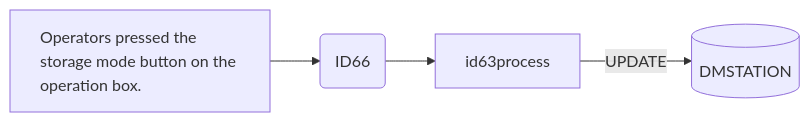
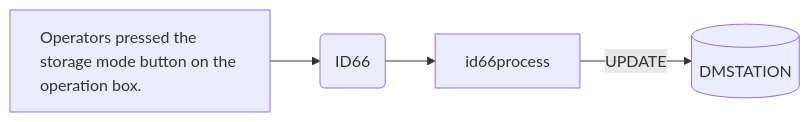
The second of 2 diagrams in Basic-Design/DFD-WMS/Retrieval/Stacked-Empty-Pallet.md (luthfiadityaa/SimeDarby-Wiki), drawn with Mermaid before and after one commit. The commit also changed other lines of this file, not shown here.

```diff
--- a/Basic-Design/DFD-WMS/Retrieval/Stacked-Empty-Pallet.md
+++ b/Basic-Design/DFD-WMS/Retrieval/Stacked-Empty-Pallet.md
@@ -34,18 +33,18 @@
 ::: mermaid
 flowchart LR
     input[
         Operators pressed the storage mode button on the operation box.      
     ]
 
     id66msg("
      ID66
     ")
     tableList-update[("
         DMSTATION
     ")]
 
-    input -->id66msg-->id63process--> |UPDATE| tableList-update
+    input -->id66msg-->id66process--> |UPDATE| tableList-update
 
     classDef leftAlign text-align:left;
     class input leftAlign;
 :::
```
